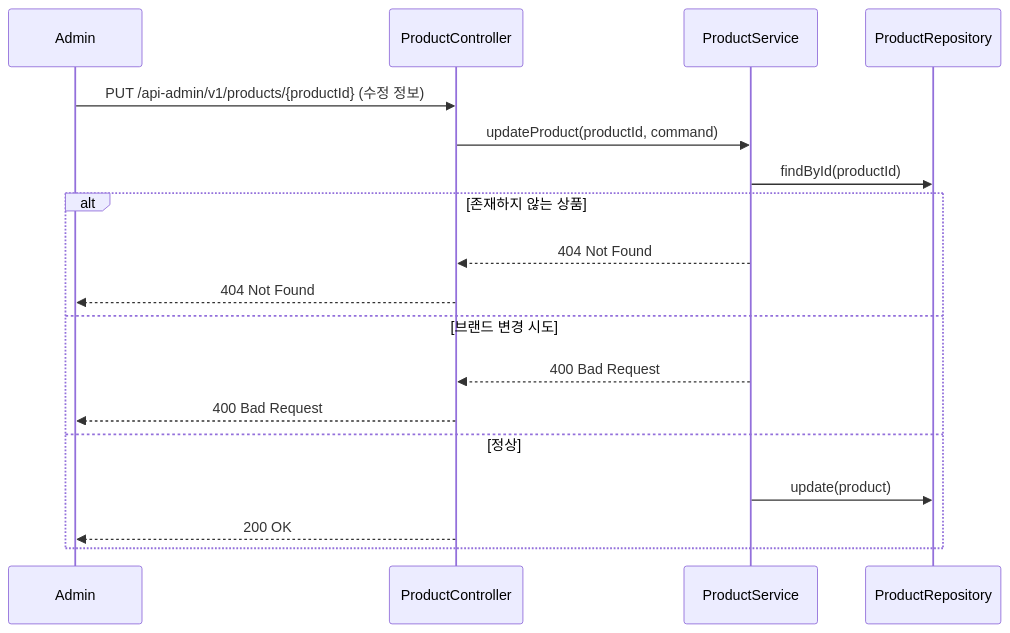
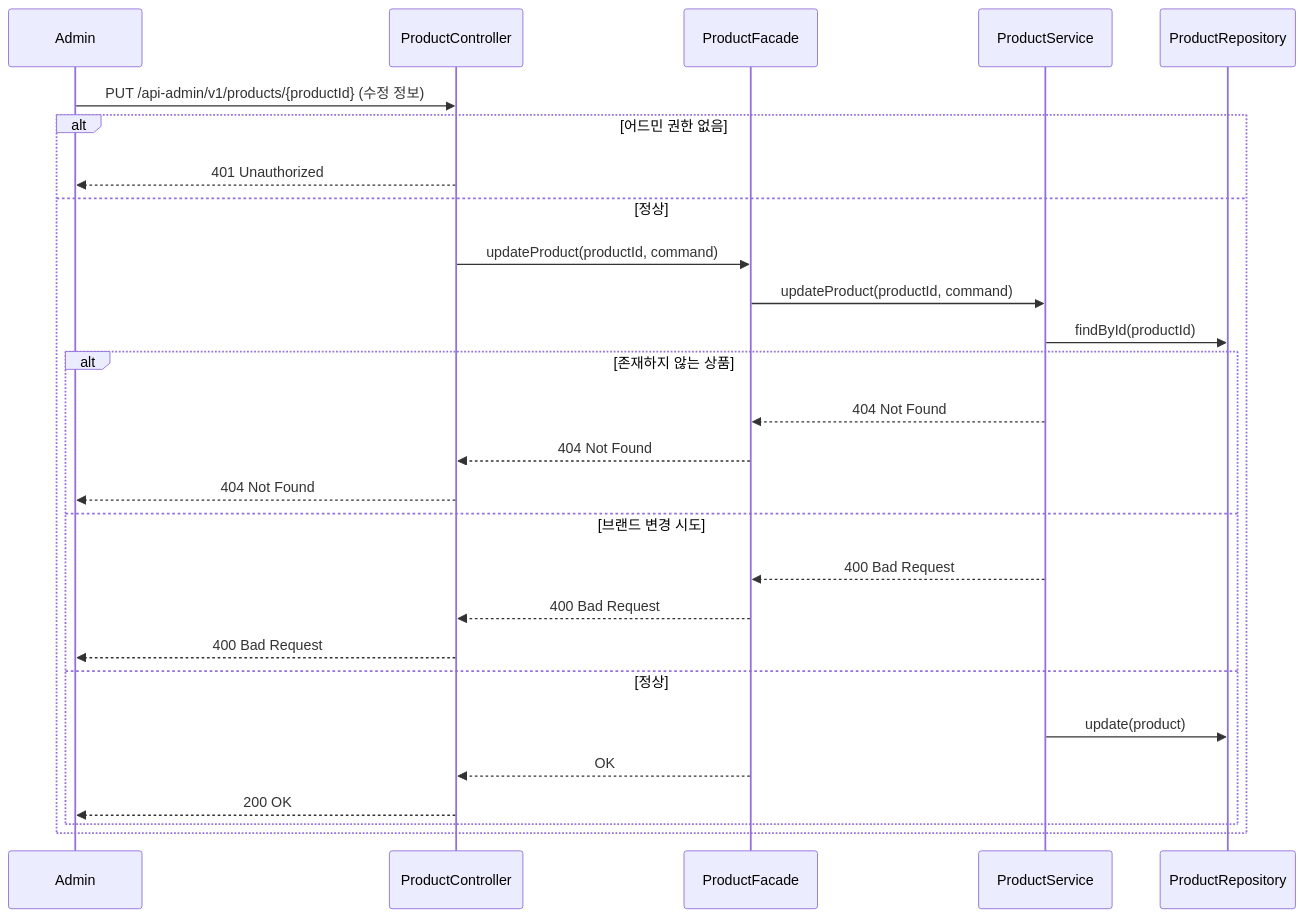
Before and after one commit to loopers-labs/loop-pack-be-l2-vol4-java: diagram 14 of 33 in .docs/design/sequence-diagrams.md, drawn with Mermaid. The commit also changed other lines of this file, not shown here.

Commit message:
fix: 시퀀스 다이어그램 파사드 추가

````diff
--- a/.docs/design/sequence-diagrams.md
+++ b/.docs/design/sequence-diagrams.md
@@ -334,22 +393,30 @@
 ```mermaid
 sequenceDiagram
     participant Admin
     participant ProductController
+    participant ProductFacade
     participant ProductService
     participant ProductRepository
 
     Admin->>ProductController: PUT /api-admin/v1/products/{productId} (수정 정보)
-    ProductController->>ProductService: updateProduct(productId, command)
-    ProductService->>ProductRepository: findById(productId)
-
-    alt 존재하지 않는 상품
-        ProductService-->>ProductController: 404 Not Found
-        ProductController-->>Admin: 404 Not Found
-    else 브랜드 변경 시도
-        ProductService-->>ProductController: 400 Bad Request
-        ProductController-->>Admin: 400 Bad Request
+    alt 어드민 권한 없음
+        ProductController-->>Admin: 401 Unauthorized
     else 정상
-        ProductService->>ProductRepository: update(product)
-        ProductController-->>Admin: 200 OK
+        ProductController->>ProductFacade: updateProduct(productId, command)
+        ProductFacade->>ProductService: updateProduct(productId, command)
+        ProductService->>ProductRepository: findById(productId)
+        alt 존재하지 않는 상품
+            ProductService-->>ProductFacade: 404 Not Found
+            ProductFacade-->>ProductController: 404 Not Found
+            ProductController-->>Admin: 404 Not Found
+        else 브랜드 변경 시도
+            ProductService-->>ProductFacade: 400 Bad Request
+            ProductFacade-->>ProductController: 400 Bad Request
+            ProductController-->>Admin: 400 Bad Request
+        else 정상
+            ProductService->>ProductRepository: update(product)
+            ProductFacade-->>ProductController: OK
+            ProductController-->>Admin: 200 OK
+        end
     end
 ```
````
